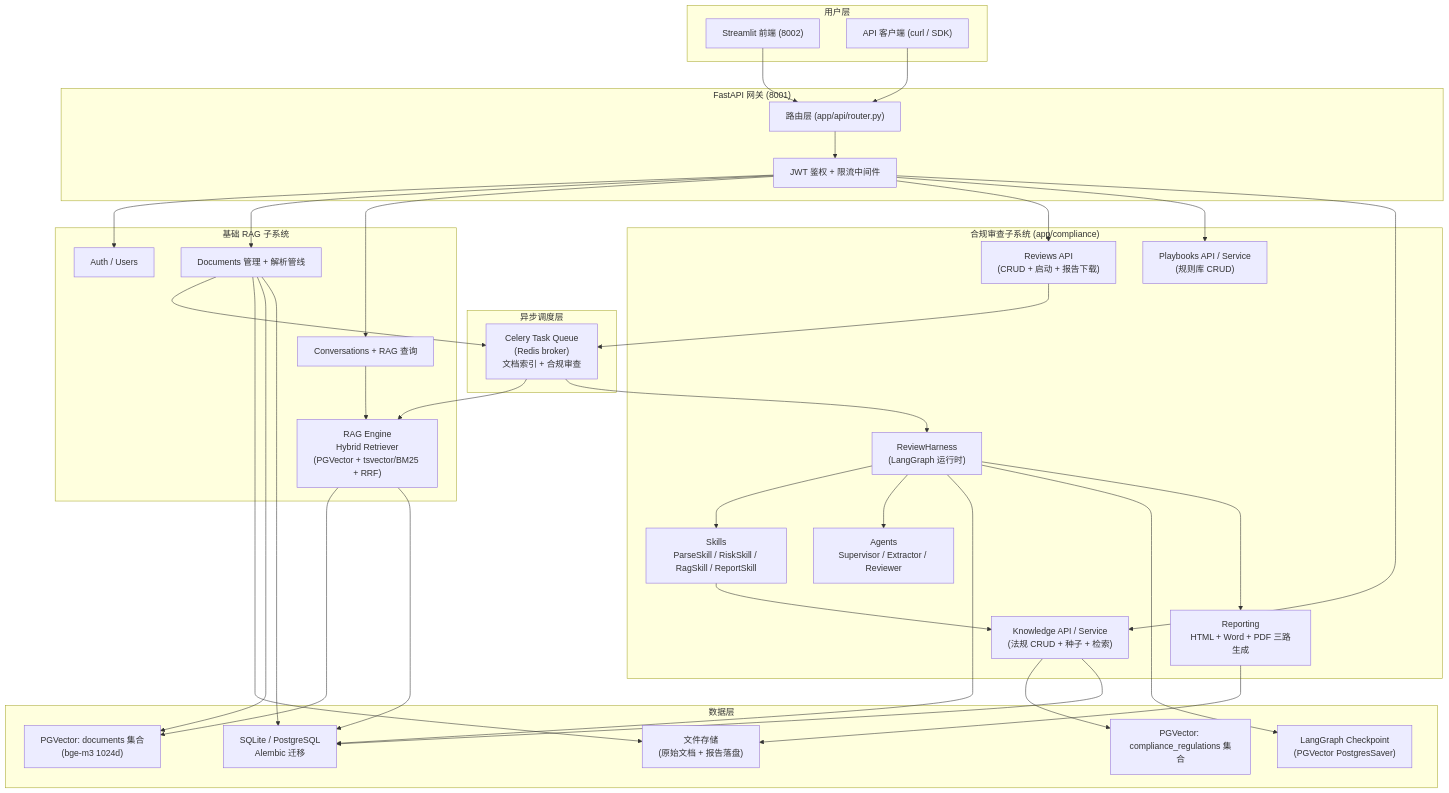
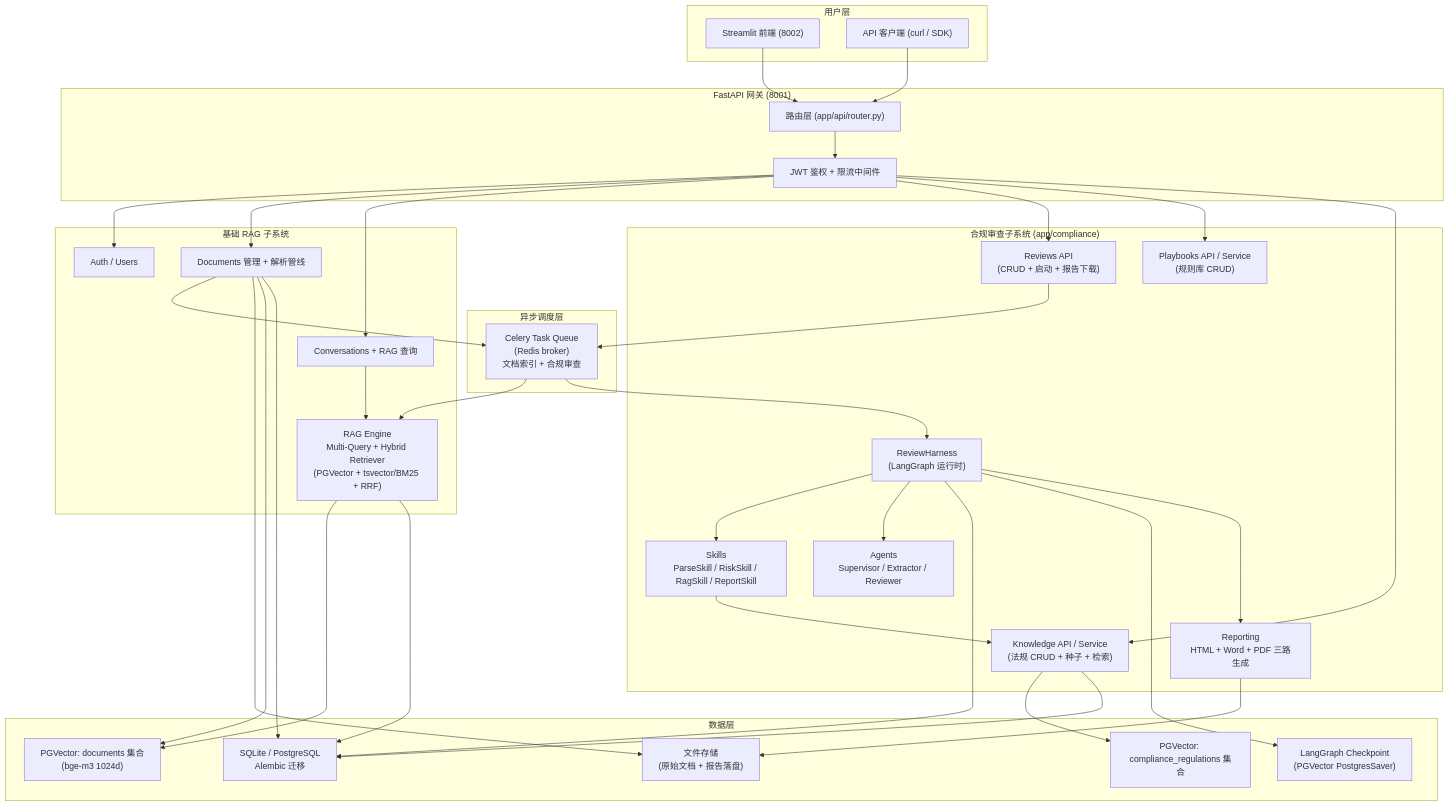
The first of 6 diagrams in README.md (zqc1661586344/zz-demand-system), drawn with Mermaid before and after one commit. The commit also changed other lines of this file and 1 other file, not shown here.

````diff
--- a/README.md
+++ b/README.md
@@ -75,66 +75,66 @@
 ```mermaid
 flowchart TD
     subgraph 用户层
         SL["Streamlit 前端 (8002)"]
         API_CLI["API 客户端 (curl / SDK)"]
     end
 
     subgraph "FastAPI 网关 (8001)"
         ROUTER["路由层 (app/api/router.py)"]
         JWT["JWT 鉴权 + 限流中间件"]
     end
 
     subgraph "基础 RAG 子系统"
         AUTH["Auth / Users"]
         DOCS["Documents 管理 + 解析管线"]
         CONV["Conversations + RAG 查询"]
-        RAG_ENGINE["RAG Engine<br/>Hybrid Retriever<br/>(PGVector + tsvector/BM25 + RRF)"]
+        RAG_ENGINE["RAG Engine<br/>Multi-Query + Hybrid Retriever<br/>(PGVector + tsvector/BM25 + RRF)"]
     end
 
     subgraph "异步调度层"
         CELERY["Celery Task Queue<br/>(Redis broker)<br/>文档索引 + 合规审查"]
     end
 
     subgraph "合规审查子系统 (app/compliance)"
         REVIEW["Reviews API<br/>(CRUD + 启动 + 报告下载)"]
         PB["Playbooks API / Service<br/>(规则库 CRUD)"]
         KB["Knowledge API / Service<br/>(法规 CRUD + 种子 + 检索)"]
         HARNESS["ReviewHarness<br/>(LangGraph 运行时)"]
         SKILLS["Skills<br/>ParseSkill / RiskSkill / RagSkill / ReportSkill"]
         AGENTS["Agents<br/>Supervisor / Extractor / Reviewer"]
         REPORT["Reporting<br/>HTML + Word + PDF 三路生成"]
     end
 
     subgraph "数据层"
         DB["SQLite / PostgreSQL<br/>Alembic 迁移"]
         VEC_DOC["PGVector: documents 集合<br/>(bge-m3 1024d)"]
         VEC_REG["PGVector: compliance_regulations 集合"]
         FILES["文件存储<br/>(原始文档 + 报告落盘)"]
         CKP["LangGraph Checkpoint<br/>(PGVector PostgresSaver)"]
     end
 
     SL --> ROUTER
     API_CLI --> ROUTER
     ROUTER --> JWT
     JWT --> AUTH & DOCS & CONV & REVIEW & PB & KB
 
     DOCS --> CELERY
     REVIEW --> CELERY
     CELERY --> RAG_ENGINE
     CELERY --> HARNESS
 
     CONV --> RAG_ENGINE
     RAG_ENGINE --> VEC_DOC
     RAG_ENGINE --> DB
 
     HARNESS --> SKILLS & AGENTS
     HARNESS --> DB
     HARNESS --> CKP
     HARNESS --> REPORT
     SKILLS --> KB
     KB --> VEC_REG & DB
     REPORT --> FILES
 
     DOCS --> FILES
     DOCS --> VEC_DOC & DB
 ```
````
